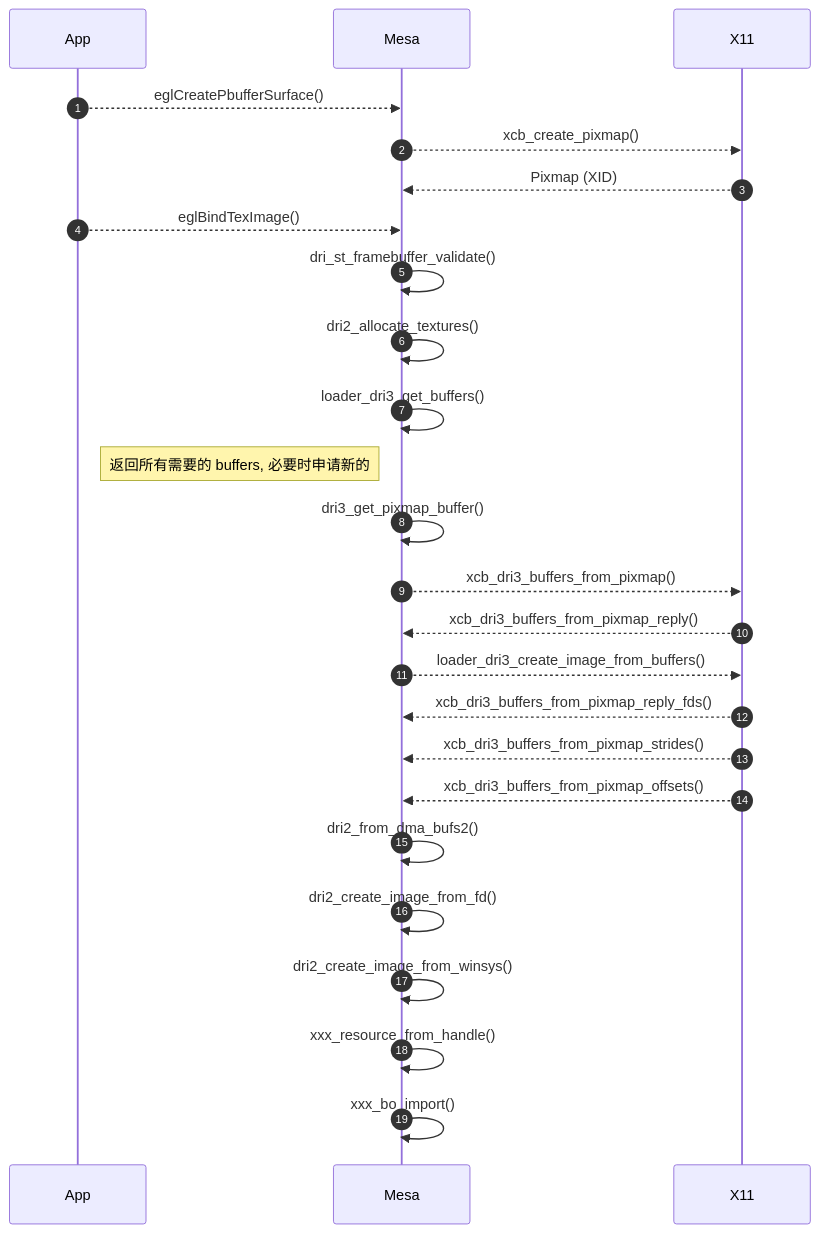
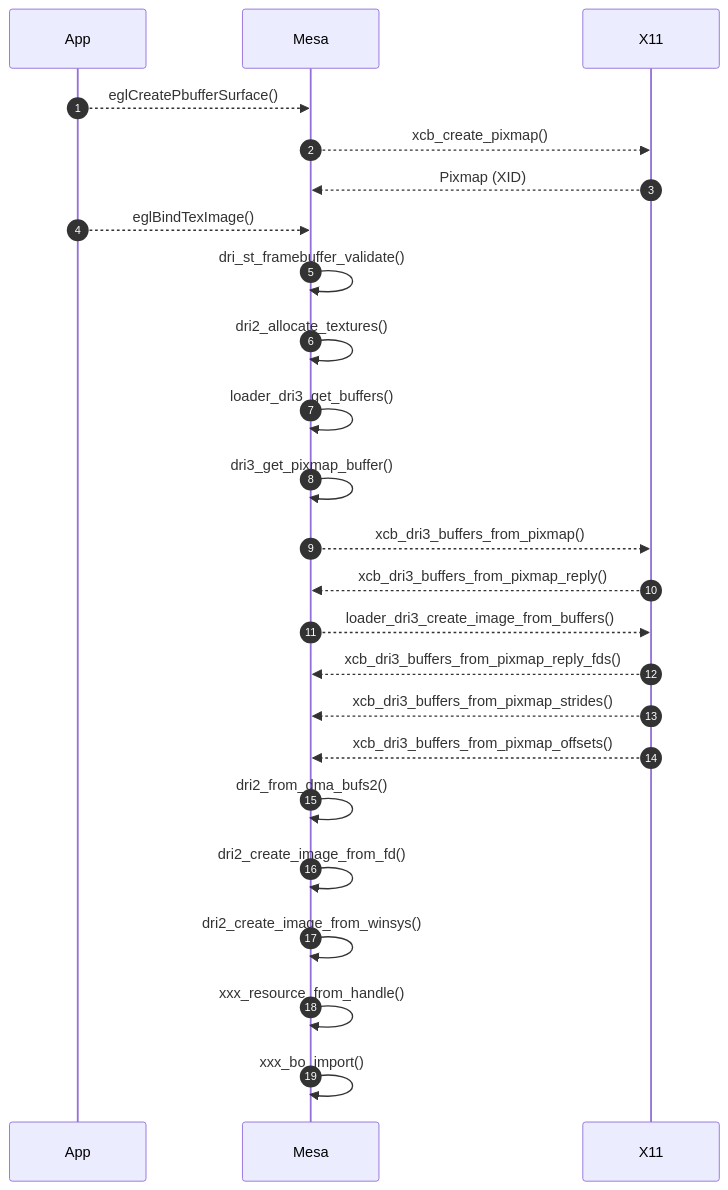
The second of 2 diagrams in source/_posts/gfx/dri.md (lucmann/lucmann.github.io), drawn with Mermaid before and after one commit. The commit also changed other lines of this file, not shown here.

Commit message:
gfx: dri3_alloc_render_buffer mermaid

````diff
--- a/source/_posts/gfx/dri.md
+++ b/source/_posts/gfx/dri.md
@@ -30,28 +64,27 @@
 ```mermaid
 sequenceDiagram
     autonumber
     participant App
     participant Mesa
     participant X11
 
     App-->>Mesa: eglCreatePbufferSurface()
     Mesa-->>X11: xcb_create_pixmap()
     X11-->>Mesa: Pixmap (XID)
     App-->>Mesa: eglBindTexImage()
     Mesa->>Mesa: dri_st_framebuffer_validate()
     Mesa->>Mesa: dri2_allocate_textures()
     Mesa->>Mesa: loader_dri3_get_buffers()
-    Note left of Mesa: 返回所有需要的 buffers, 必要时申请新的
     Mesa->>Mesa: dri3_get_pixmap_buffer()
     Mesa-->>X11: xcb_dri3_buffers_from_pixmap()
     X11-->>Mesa: xcb_dri3_buffers_from_pixmap_reply()
     Mesa-->>X11: loader_dri3_create_image_from_buffers()
     X11-->>Mesa: xcb_dri3_buffers_from_pixmap_reply_fds()
     X11-->>Mesa: xcb_dri3_buffers_from_pixmap_strides()
     X11-->>Mesa: xcb_dri3_buffers_from_pixmap_offsets()
     Mesa->>Mesa: dri2_from_dma_bufs2()
     Mesa->>Mesa: dri2_create_image_from_fd()
     Mesa->>Mesa: dri2_create_image_from_winsys()
     Mesa->>Mesa: xxx_resource_from_handle()
     Mesa->>Mesa: xxx_bo_import()
 ```
````
